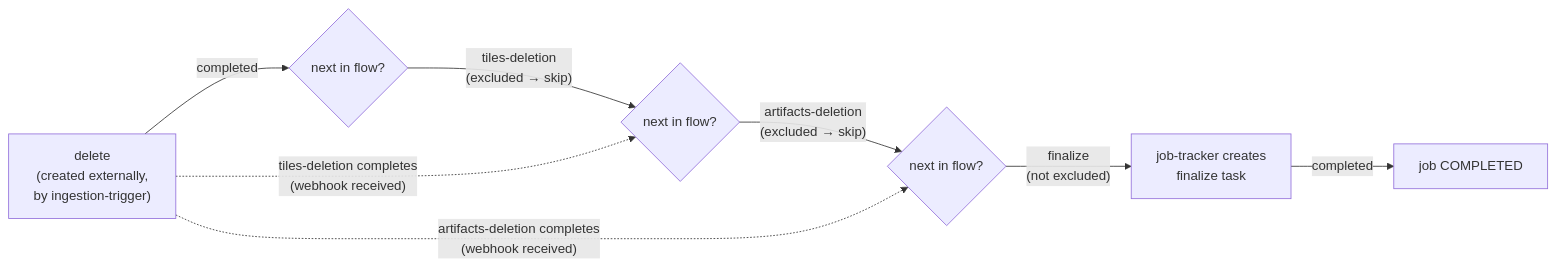
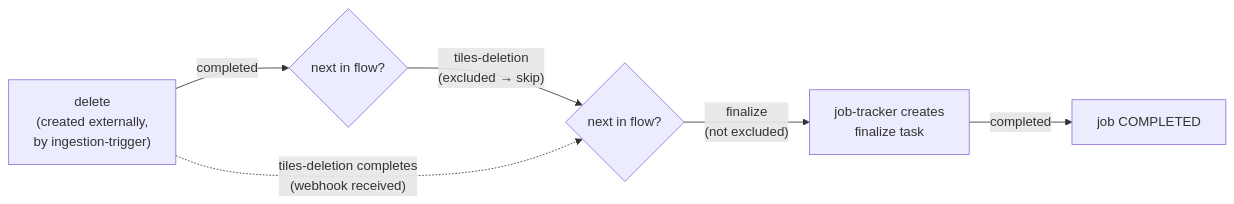
Before and after one commit to MapColonies/job-tracker: the diagram in docs/delete-layer-tasks-flow.md, drawn with Mermaid. The commit also changed other lines of this file and 8 other files, not shown here.

Commit message:
refactor: remove artifacts-deletion task from delete layer flow

````diff
--- a/docs/delete-layer-tasks-flow.md
+++ b/docs/delete-layer-tasks-flow.md
@@ -169,11 +169,9 @@
 ```mermaid
 flowchart LR
     A["delete\n(created externally,\nby ingestion-trigger)"] -->|completed| B{"next in flow?"}
     B -->|"tiles-deletion\n(excluded → skip)"| C{"next in flow?"}
-    C -->|"artifacts-deletion\n(excluded → skip)"| D{"next in flow?"}
-    D -->|"finalize\n(not excluded)"| E["job-tracker creates\nfinalize task"]
+    C -->|"finalize\n(not excluded)"| E["job-tracker creates\nfinalize task"]
     E -->|completed| F["job COMPLETED"]
 
     A -.->|"tiles-deletion completes\n(webhook received)"| C
-    A -.->|"artifacts-deletion completes\n(webhook received)"| D
 ```
````
